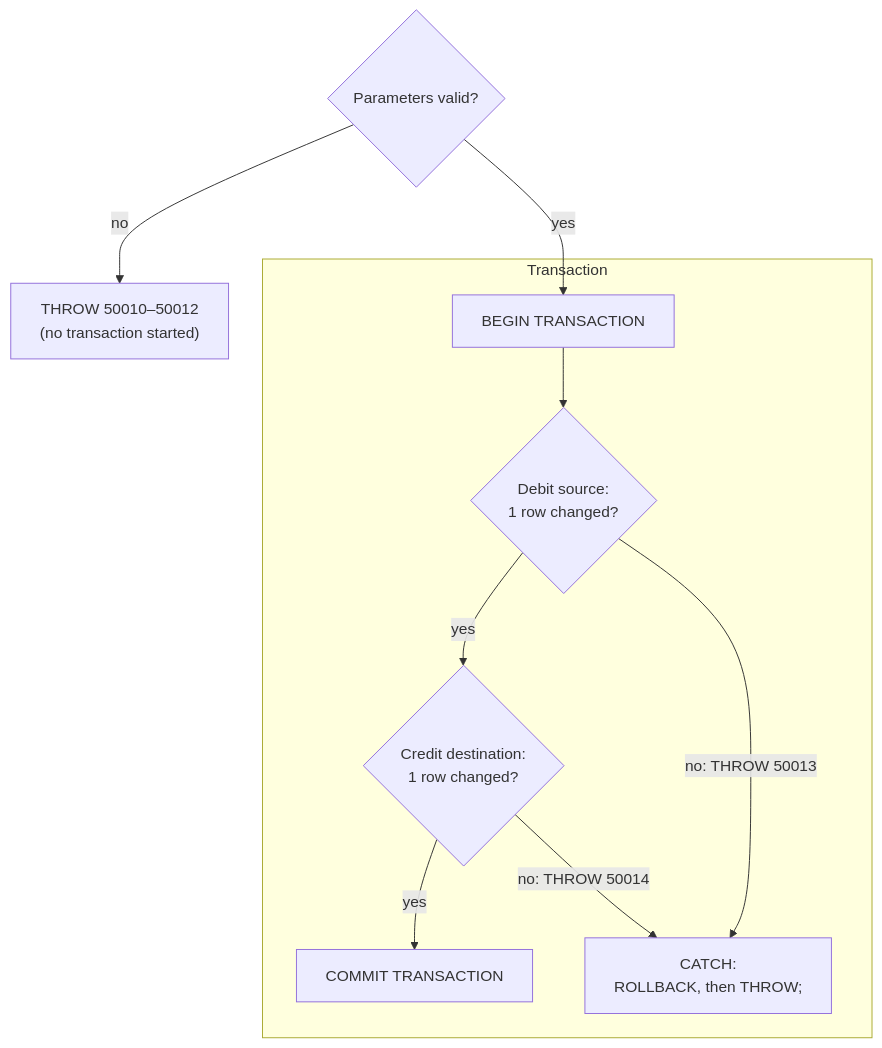
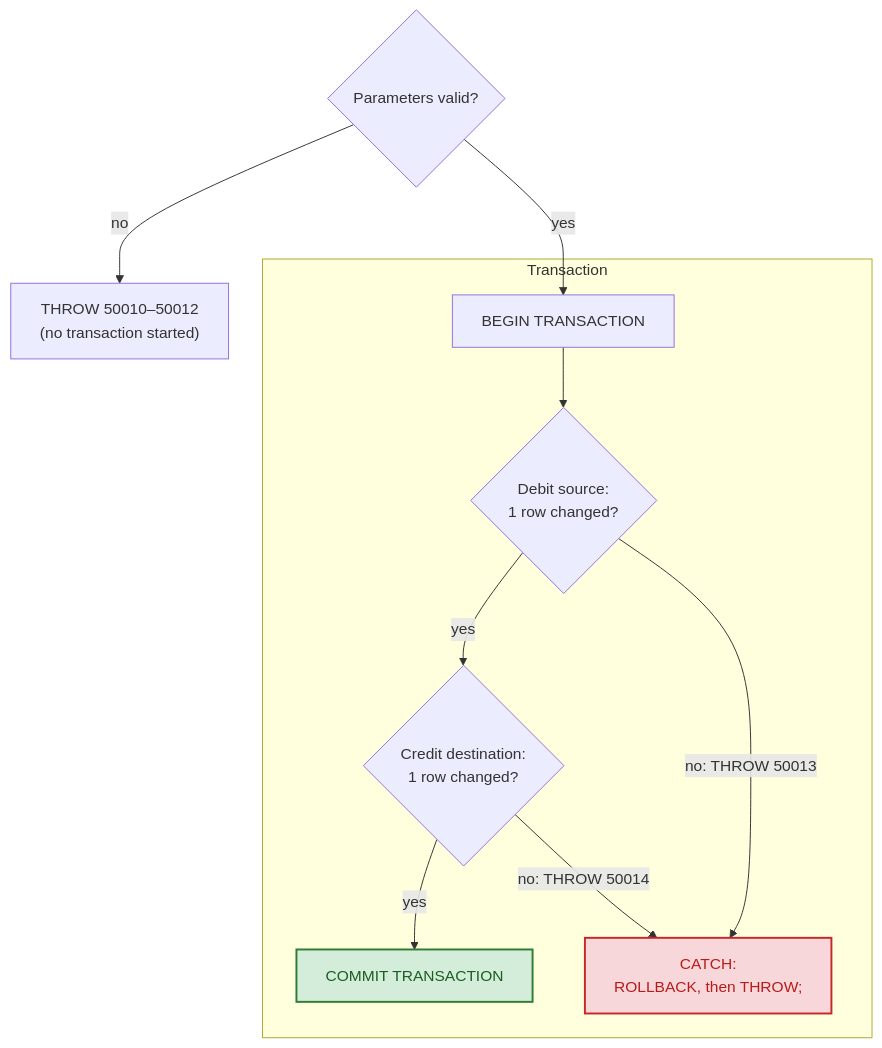
Before and after one commit to tjovic/database-design-labs-public: the third of 9 diagrams in labs/lab09-transactions.md, drawn with Mermaid. The commit also changed other lines of this file, not shown here.

````diff
--- a/labs/lab09-transactions.md
+++ b/labs/lab09-transactions.md
@@ -736,12 +741,17 @@
 ```mermaid
 flowchart TD
     P{"Parameters valid?"} -->|"no"| E1["THROW 50010–50012<br/>(no transaction started)"]
     P -->|"yes"| B
     subgraph TRAN["Transaction"]
         B["BEGIN TRANSACTION"] --> D{"Debit source:<br/>1 row changed?"}
         D -->|"yes"| C{"Credit destination:<br/>1 row changed?"}
         C -->|"yes"| CM["COMMIT TRANSACTION"]
         D -->|"no: THROW 50013"| X["CATCH:<br/>ROLLBACK, then THROW;"]
         C -->|"no: THROW 50014"| X
     end
+
+    classDef committed fill:#d4edda,stroke:#2e7d32,stroke-width:2px,color:#1b5e20
+    classDef failed fill:#f8d7da,stroke:#c62828,stroke-width:2px,color:#b71c1c
+    class CM committed
+    class X failed
 ```
````
